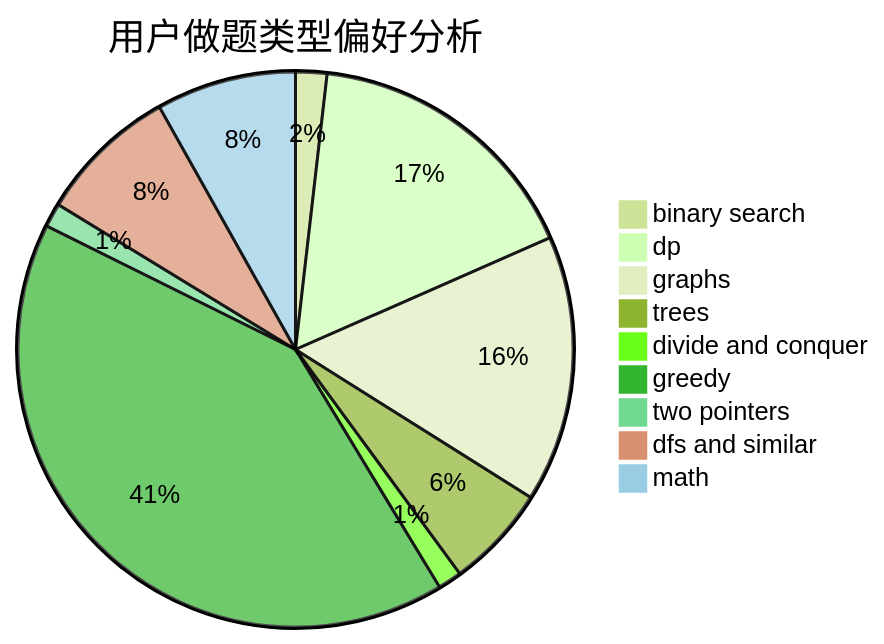
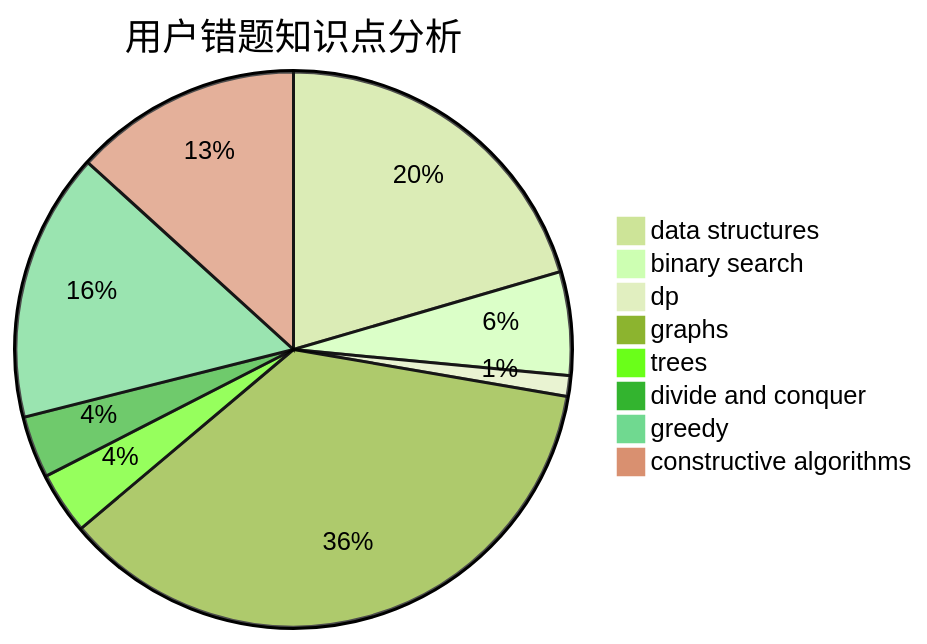
The third of 3 diagrams in docs/user/u334.md (sherpahu/cfrs.github.io), drawn with Mermaid (forest theme) before and after one commit. The commit also changed other lines of this file and 2775 other files, not shown here.

````diff
--- a/docs/user/u334.md
+++ b/docs/user/u334.md
@@ -23,12 +36,11 @@
 ```mermaid
-pie title 用户做题类型偏好分析
-    "binary search" :  17
-    "dp" :  155
-    "graphs" :  145
-    "trees" :  56
-    "divide and conquer" :  13
-    "greedy" :  383
-    "two pointers" :  13
-    "dfs and similar" :  76
-    "math" :  76
+pie title 用户错题知识点分析
+    "data structures" :  17
+    "binary search" :  5
+    "dp" :  1
+    "graphs" :  30
+    "trees" :  3
+    "divide and conquer" :  3
+    "greedy" :  13
+    "constructive algorithms" :  11
 ```
````
